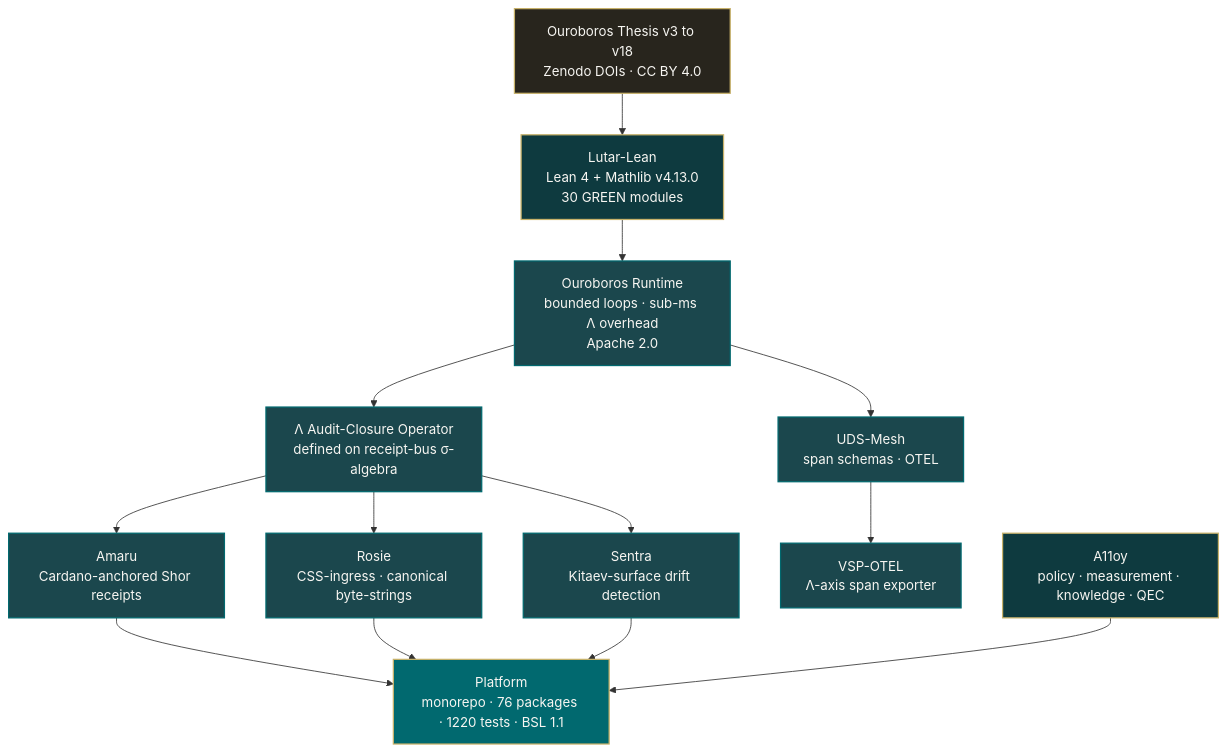
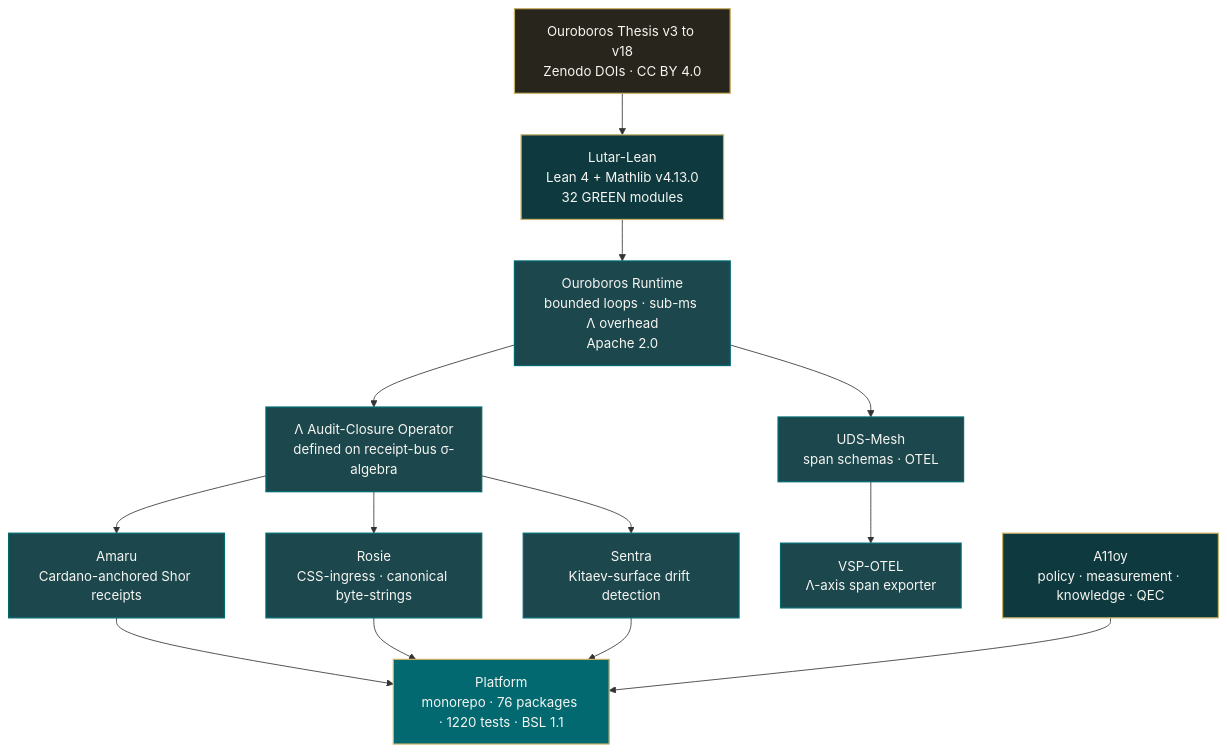
The second of 2 diagrams in profile/README.md (szl-holdings/.github), drawn with Mermaid before and after one commit. The commit also changed other lines of this file, not shown here.

First line of the commit message:
fix(docs): canonical numbers — 30→32 GREEN modules, 22→24 HF datasets

````diff
--- a/profile/README.md
+++ b/profile/README.md
@@ -219,30 +219,30 @@
 ```mermaid
 flowchart TD
     classDef research fill:#28251D,stroke:#C8B26A,color:#F7F6F2,stroke-width:1.5px;
     classDef runtime  fill:#1B474D,stroke:#01696F,color:#F7F6F2,stroke-width:1.5px;
     classDef sdk      fill:#0E3A3F,stroke:#C8B26A,color:#F7F6F2,stroke-width:1.5px;
     classDef platform fill:#01696F,stroke:#C8B26A,color:#F7F6F2,stroke-width:1.5px;
     classDef surface  fill:#F7F6F2,stroke:#01696F,color:#1B474D,stroke-width:1.5px;
 
     T["Ouroboros Thesis v3 to v18<br/>Zenodo DOIs · CC BY 4.0"]:::research
-    K["Lutar-Lean<br/>Lean 4 + Mathlib v4.13.0<br/>30 GREEN modules"]:::sdk
+    K["Lutar-Lean<br/>Lean 4 + Mathlib v4.13.0<br/>32 GREEN modules"]:::sdk
     R["Ouroboros Runtime<br/>bounded loops · sub-ms Λ overhead<br/>Apache 2.0"]:::runtime
     L["Λ Audit-Closure Operator<br/>defined on receipt-bus σ-algebra"]:::runtime
     A["Amaru<br/>Cardano-anchored Shor receipts"]:::runtime
     Ro["Rosie<br/>CSS-ingress · canonical byte-strings"]:::runtime
     S["Sentra<br/>Kitaev-surface drift detection"]:::runtime
     U["UDS-Mesh<br/>span schemas · OTEL"]:::runtime
     V["VSP-OTEL<br/>Λ-axis span exporter"]:::runtime
     All["A11oy<br/>policy · measurement · knowledge · QEC"]:::sdk
     P["Platform<br/>monorepo · 76 packages · 1220 tests · BSL 1.1"]:::platform
 
     T --> K --> R --> L
     L --> A
     L --> Ro
     L --> S
     R --> U --> V
     All --> P
     A --> P
     Ro --> P
     S --> P
 ```
````
